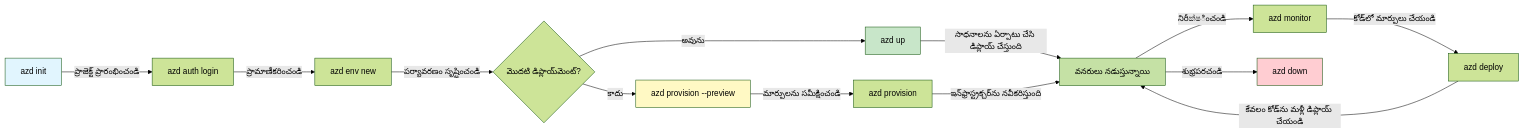
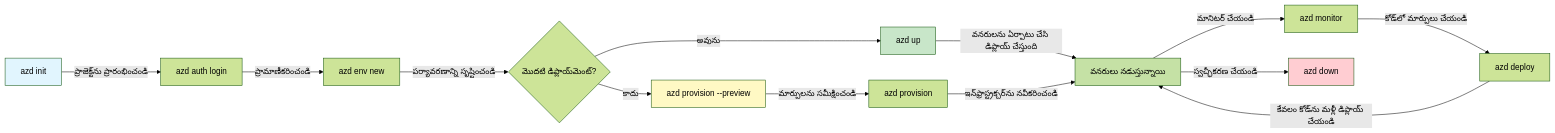
Before and after one commit to microsoft/AZD-for-beginners: the first of 2 diagrams in translations/te/docs/chapter-01-foundation/azd-basics.md, drawn with Mermaid (forest theme). The commit also changed other lines of this file and 104 other files, not shown here.

````diff
--- a/translations/te/docs/chapter-01-foundation/azd-basics.md
+++ b/translations/te/docs/chapter-01-foundation/azd-basics.md
@@ -269,21 +269,21 @@
 ```mermaid
 graph LR
-    A[azd init] -->|ప్రాజెక్ట్ ప్రారంభించండి| B[azd auth login]
+    A[azd init] -->|ప్రాజెక్ట్‌ను ప్రారంభించండి| B[azd auth login]
     B -->|ప్రామాణీకరించండి| C[azd env new]
-    C -->|పర్యావరణం సృష్టించండి| D{మొదటి డిప్లాయ్‌మెంట్?}
+    C -->|పర్యావరణాన్ని సృష్టించండి| D{మొదటి డిప్లాయ్‌మెంట్?}
     D -->|అవును| E[azd up]
     D -->|కాదు| F[azd provision --preview]
     F -->|మార్పులను సమీక్షించండి| G[azd provision]
-    E -->|సాధనాలను ఏర్పాటు చేసి డిప్లాయ్ చేస్తుంది| H[వనరులు నడుస్తున్నాయి]
-    G -->|ఇన్‌ఫ్రాస్ట్రక్చర్‌ను నవీకరిస్తుంది| H
-    H -->|నిరీක්ෂించండి| I[azd monitor]
+    E -->|వనరులను ఏర్పాటు చేసి డిప్లాయ్ చేస్తుంది| H[వనరులు నడుస్తున్నాయి]
+    G -->|ఇన్‌ఫ్రాస్ట్రక్చర్‌ను నవీకరించండి| H
+    H -->|మానిటర్ చేయండి| I[azd monitor]
     I -->|కోడ్‌లో మార్పులు చేయండి| J[azd deploy]
     J -->|కేవలం కోడ్‌ను మళ్లీ డిప్లాయ్ చేయండి| H
-    H -->|శుభ్రపరచండి| K[azd down]
+    H -->|స్వచ్ఛీకరణ చేయండి| K[azd down]
     
     style A fill:#e1f5fe
     style E fill:#c8e6c9
     style F fill:#fff9c4
     style H fill:#c5e1a5
     style K fill:#ffcdd2
 ```
````
